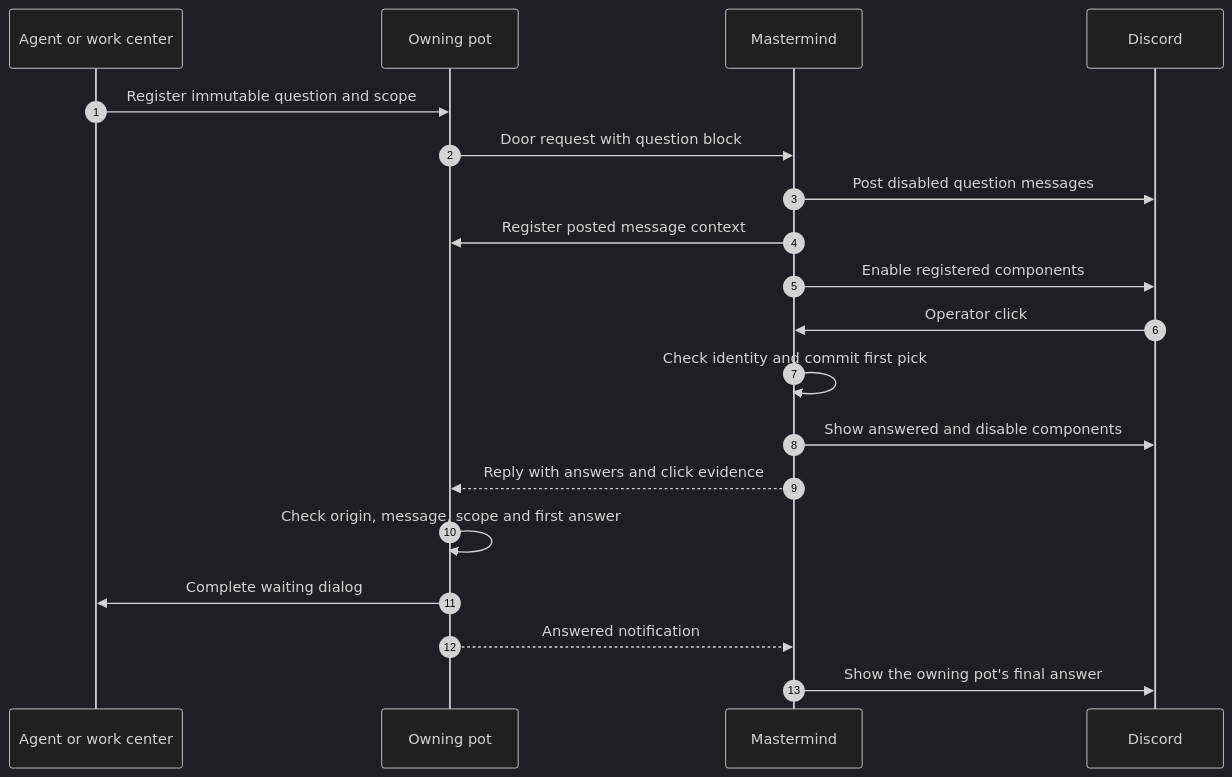
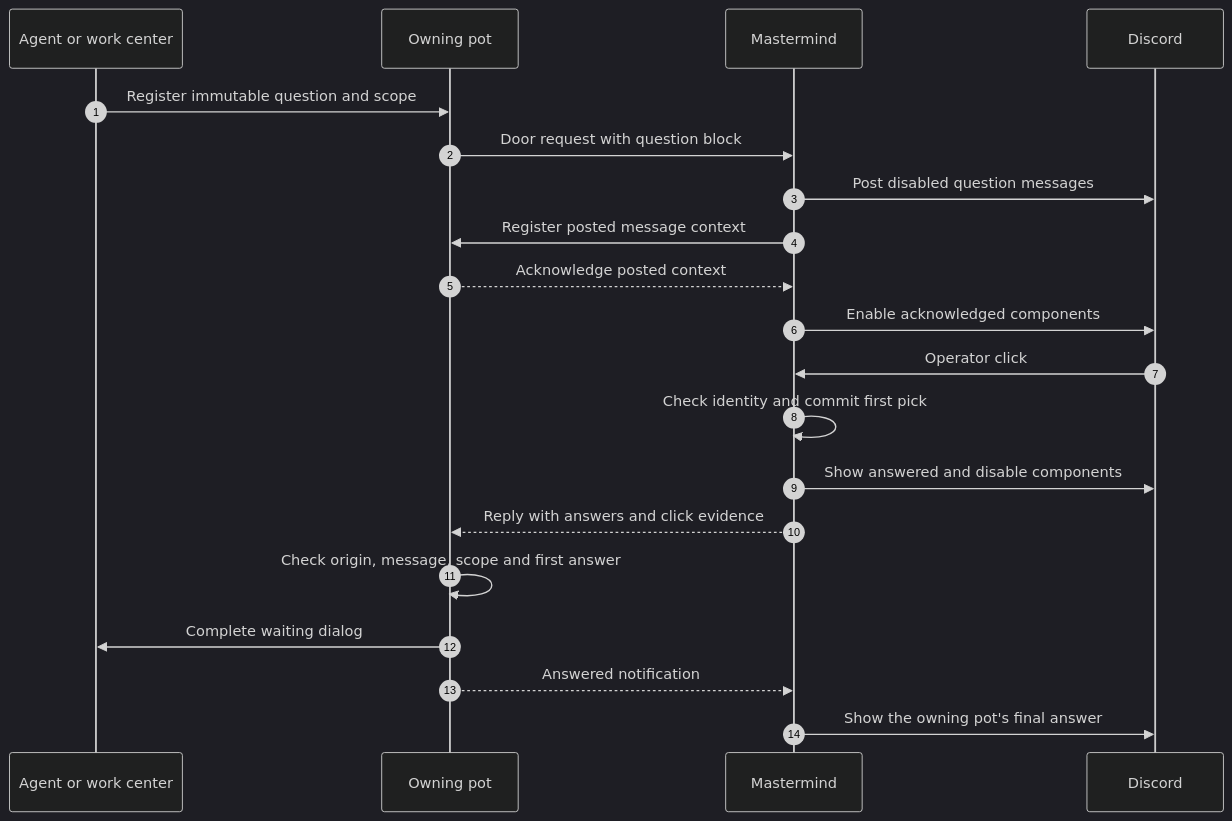
The first of 2 diagrams in docs/human-dialogs.md (walid-mos/agent-sandbox), drawn with Mermaid (dark theme) before and after one commit. The commit also changed other lines of this file and 27 other files, not shown here.

````diff
--- a/docs/human-dialogs.md
+++ b/docs/human-dialogs.md
@@ -5,21 +5,22 @@
 ```mermaid
 sequenceDiagram
     autonumber
     participant A as Agent or work center
     participant P as Owning pot
     participant M as Mastermind
     participant D as Discord
     A->>P: Register immutable question and scope
     P->>M: Door request with question block
     M->>D: Post disabled question messages
     M->>P: Register posted message context
-    M->>D: Enable registered components
+    P-->>M: Acknowledge posted context
+    M->>D: Enable acknowledged components
     D->>M: Operator click
     M->>M: Check identity and commit first pick
     M->>D: Show answered and disable components
     M-->>P: Reply with answers and click evidence
     P->>P: Check origin, message, scope and first answer
     P->>A: Complete waiting dialog
     P-->>M: Answered notification
     M->>D: Show the owning pot's final answer
 ```
````
